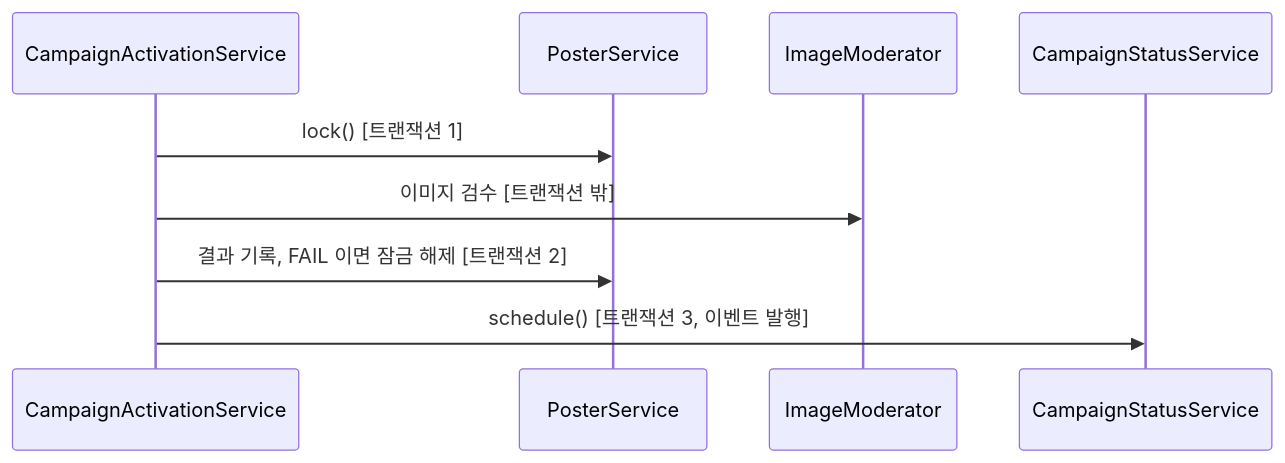
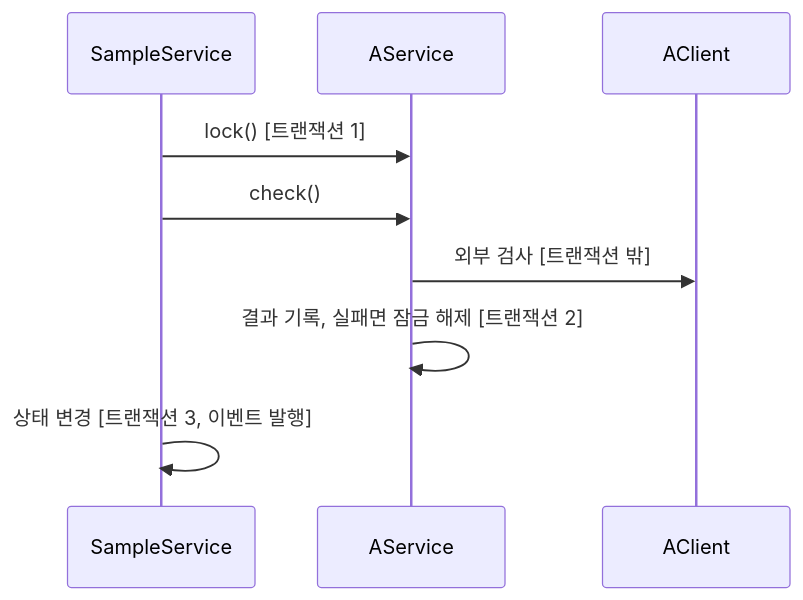
Before and after one commit to lunch-catch/lc-backend: the third of 3 diagrams in docs/design/구조와_동작_설계_가이드.md, drawn with Mermaid. The commit also changed other lines of this file, not shown here.

````diff
--- a/docs/design/구조와_동작_설계_가이드.md
+++ b/docs/design/구조와_동작_설계_가이드.md
@@ -144,11 +229,11 @@
 ```mermaid
 sequenceDiagram
-    participant A as CampaignActivationService
-    participant P as PosterService
-    participant M as ImageModerator
-    participant S as CampaignStatusService
-    A->>P: lock() [트랜잭션 1]
-    A->>M: 이미지 검수 [트랜잭션 밖]
-    A->>P: 결과 기록, FAIL 이면 잠금 해제 [트랜잭션 2]
-    A->>S: schedule() [트랜잭션 3, 이벤트 발행]
+    participant S as SampleService
+    participant A as AService
+    participant C as AClient
+    S->>A: lock() [트랜잭션 1]
+    S->>A: check()
+    A->>C: 외부 검사 [트랜잭션 밖]
+    A->>A: 결과 기록, 실패면 잠금 해제 [트랜잭션 2]
+    S->>S: 상태 변경 [트랜잭션 3, 이벤트 발행]
 ```
````
